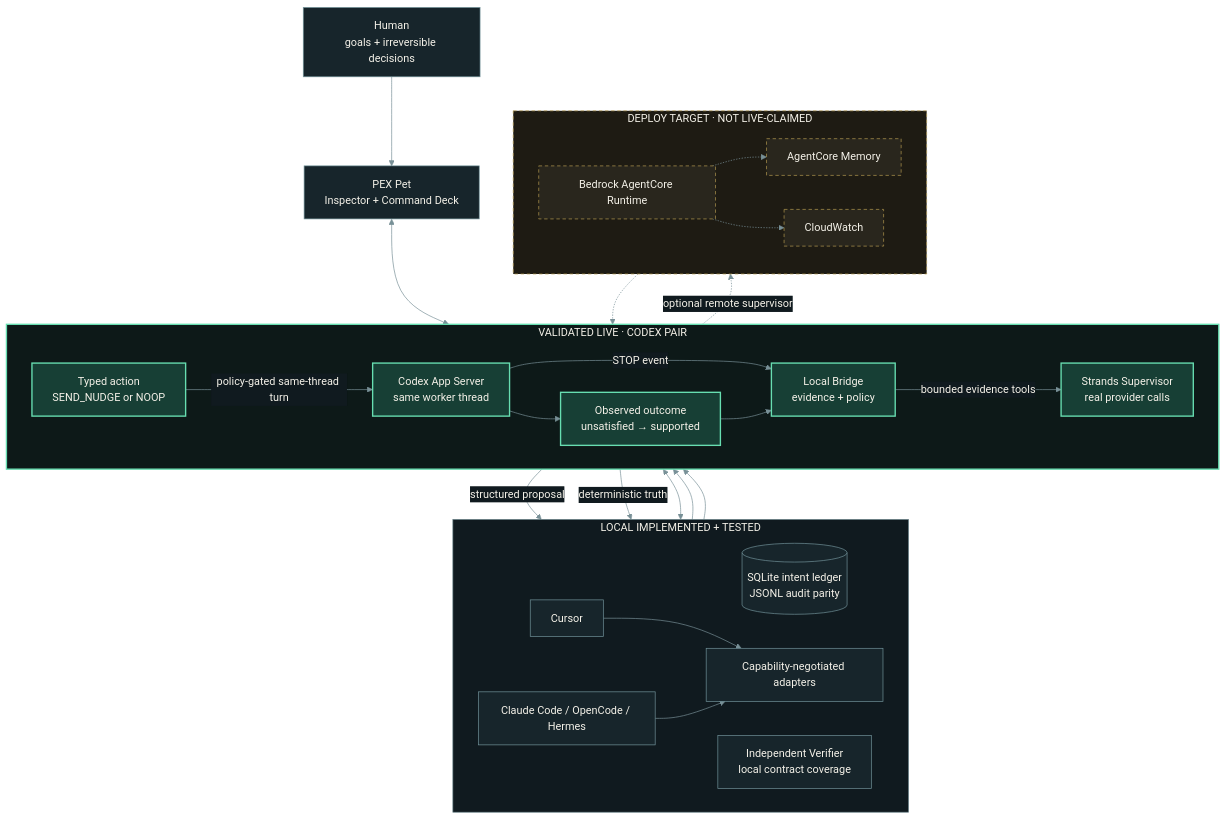
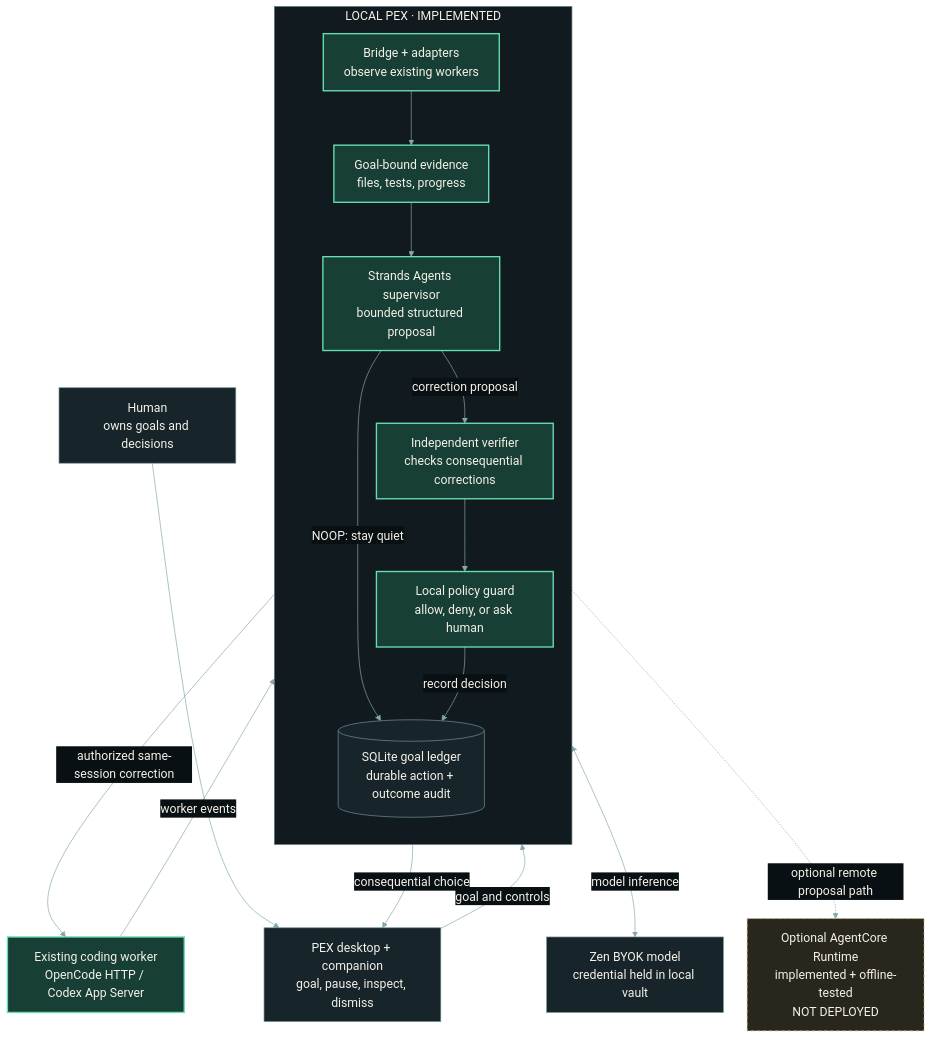
The diagram in docs/architecture/pex-architecture.mmd (josepha-mayo/pex), drawn with Mermaid before and after one commit. The commit also changed 12 other files, not shown here.

```diff
--- a/docs/architecture/pex-architecture.mmd
+++ b/docs/architecture/pex-architecture.mmd
@@ -1,58 +1,37 @@
-%%{init: {"theme":"base","themeVariables":{"background":"#081014","primaryTextColor":"#f4f1e8","lineColor":"#789097","clusterBkg":"#101a1f","clusterBorder":"#486067","edgeLabelBackground":"#101a1f"}}}%%
+%%{init: {"theme":"base","themeVariables":{"fontFamily":"Arial","fontSize":"18px","primaryTextColor":"#f4f1e8","lineColor":"#86a7ad","clusterBkg":"#132126","clusterBorder":"#486067","edgeLabelBackground":"#081014"},"flowchart":{"curve":"basis","nodeSpacing":35,"rankSpacing":55}}}%%
 flowchart TB
-  human[Human<br/>goals + irreversible decisions]
-  pet[PEX Pet<br/>Inspector + Command Deck]
+  human[Human<br/>owns goals and decisions]
+  ui[PEX desktop + companion<br/>goal, pause, inspect, dismiss]
 
-  subgraph local[LOCAL IMPLEMENTED + TESTED]
-    direction LR
-    store[(SQLite intent ledger<br/>JSONL audit parity)]
-    adapters[Capability-negotiated adapters]
-    verifier[Independent Verifier<br/>local contract coverage]
-    cursor[Cursor]
-    others[Claude Code / OpenCode / Hermes]
-    cursor --> adapters
-    others --> adapters
+  subgraph local[LOCAL PEX · IMPLEMENTED]
+    direction TB
+    bridge[Bridge + adapters<br/>observe existing workers]
+    evidence[Goal-bound evidence<br/>files, tests, progress]
+    strands[Strands Agents supervisor<br/>bounded structured proposal]
+    verifier[Independent verifier<br/>checks consequential corrections]
+    policy[Local policy guard<br/>allow, deny, or ask human]
+    ledger[(SQLite goal ledger<br/>durable action + outcome audit)]
+    bridge --> evidence --> strands
+    strands -->|correction proposal| verifier --> policy
+    strands -->|NOOP: stay quiet| ledger
+    policy -->|record decision| ledger
   end
 
-  subgraph live[VALIDATED LIVE · CODEX PAIR]
-    direction LR
-    codex[Codex App Server<br/>same worker thread]
-    bridge[Local Bridge<br/>evidence + policy]
-    strands[Strands Supervisor<br/>real provider calls]
-    out[Typed action<br/>SEND_NUDGE or NOOP]
-    result[Observed outcome<br/>unsatisfied → supported]
-    codex -->|STOP event| bridge
-    bridge -->|bounded evidence tools| strands
-    strands -->|structured proposal| verifier
-    bridge -->|deterministic truth| verifier
-    verifier --> out
-    out -->|policy-gated same-thread turn| codex
-    codex --> result
-    result --> bridge
-  end
+  worker[Existing coding worker<br/>OpenCode HTTP / Codex App Server]
+  zen[Zen BYOK model<br/>credential held in local vault]
+  cloud[Optional AgentCore Runtime<br/>implemented + offline-tested<br/>NOT DEPLOYED]
 
-  subgraph target[DEPLOY TARGET · NOT LIVE-CLAIMED]
-    direction LR
-    runtime[Bedrock AgentCore Runtime]
-    memory[AgentCore Memory]
-    cw[CloudWatch]
-    runtime -.-> memory
-    runtime -.-> cw
-  end
+  human --> ui -->|goal and controls| bridge
+  worker -->|worker events| bridge
+  policy -->|authorized same-session correction| worker
+  policy -->|consequential choice| ui
+  strands <-->|model inference| zen
+  bridge -.->|optional remote proposal path| cloud
 
-  human --> pet
-  pet <--> bridge
-  adapters --> bridge
-  bridge <--> store
-  bridge -.->|optional remote supervisor| runtime
-  runtime -.-> strands
-
-  classDef validated fill:#173f35,stroke:#67deb1,color:#f4f1e8,stroke-width:2px;
-  classDef implemented fill:#17252b,stroke:#72939a,color:#f4f1e8;
-  classDef target fill:#29261d,stroke:#b49a50,color:#f4f1e8,stroke-dasharray:5 4;
-  class codex,bridge,strands,out,result validated;
-  class human,pet,store,adapters,cursor,others,verifier implemented;
-  class runtime,memory,cw target;
-  style live fill:#0d1918,stroke:#67deb1,color:#f4f1e8,stroke-width:2px
+  classDef live fill:#173f35,stroke:#67deb1,color:#f4f1e8,stroke-width:2px;
+  classDef normal fill:#17252b,stroke:#72939a,color:#f4f1e8;
+  classDef optional fill:#29261d,stroke:#c9ad61,color:#f4f1e8,stroke-dasharray:5 4;
+  class bridge,evidence,strands,verifier,policy,worker live;
+  class human,ui,ledger,zen normal;
+  class cloud optional;
   style local fill:#101a1f,stroke:#617b82,color:#f4f1e8
-  style target fill:#1e1b13,stroke:#b49a50,color:#f4f1e8,stroke-dasharray:5 4
```
